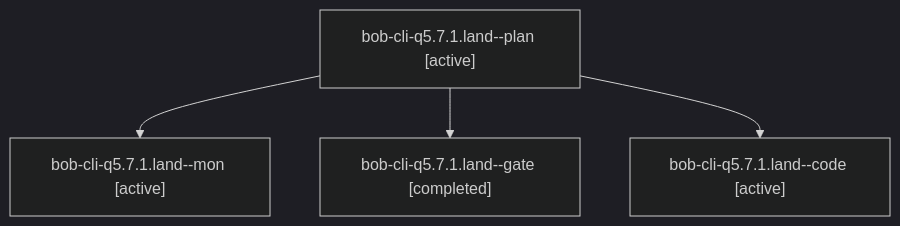
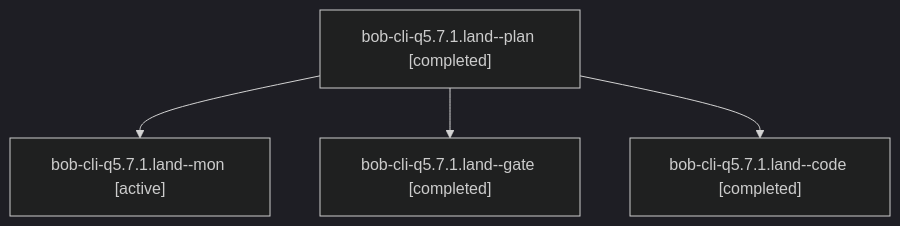
Before and after one commit to bobs-org/bob-cli--agents: the diagram in sessions/bbugyi200.athena.bob-cli-q5.7.1.land.md, drawn with Mermaid (dark theme). The commit also changed other lines of this file and 119 other files, not shown here.

````diff
--- a/sessions/bbugyi200.athena.bob-cli-q5.7.1.land.md
+++ b/sessions/bbugyi200.athena.bob-cli-q5.7.1.land.md
@@ -9,10 +9,10 @@
 ```mermaid
 flowchart TD
-  n0["bob-cli-q5.7.1.land--plan [active]"]
+  n0["bob-cli-q5.7.1.land--plan [completed]"]
   n1["bob-cli-q5.7.1.land--mon [active]"]
   n0 --> n1
   n2["bob-cli-q5.7.1.land--gate [completed]"]
   n0 --> n2
-  n3["bob-cli-q5.7.1.land--code [active]"]
+  n3["bob-cli-q5.7.1.land--code [completed]"]
   n0 --> n3
 ```
````
